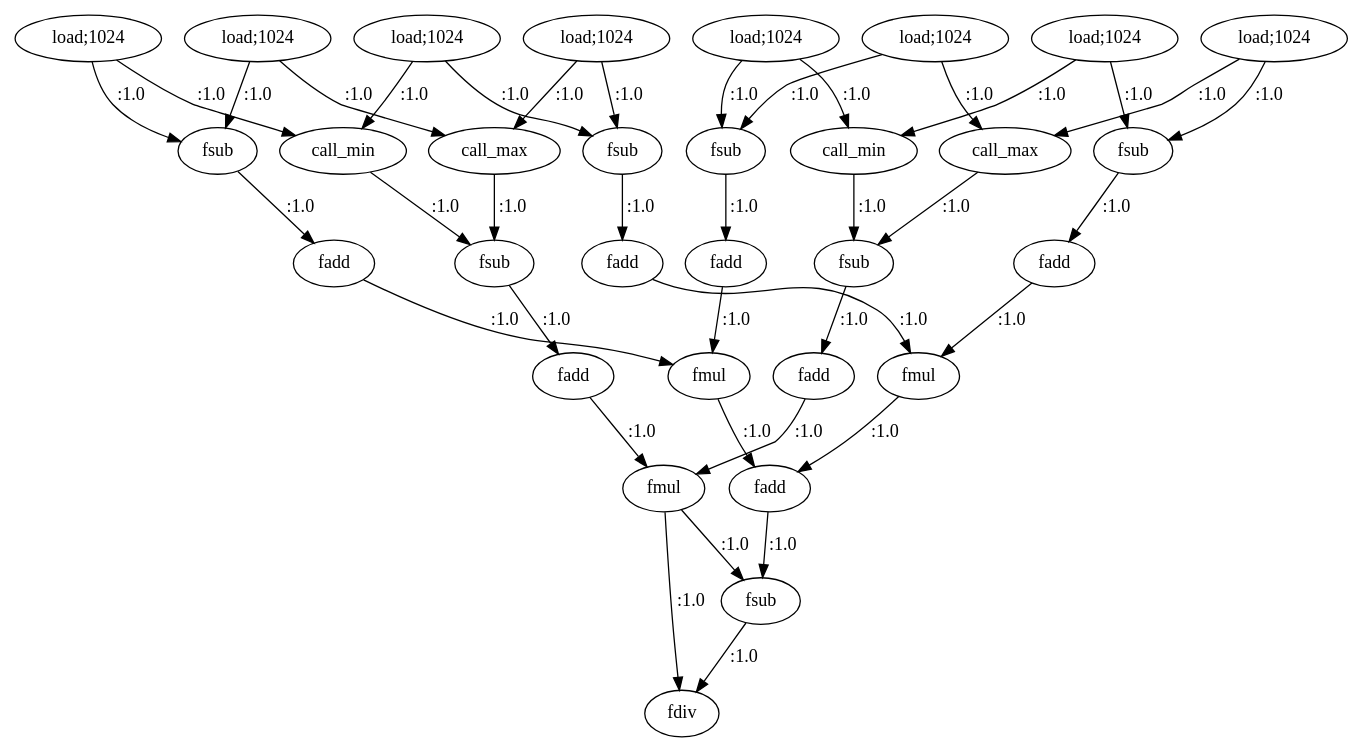
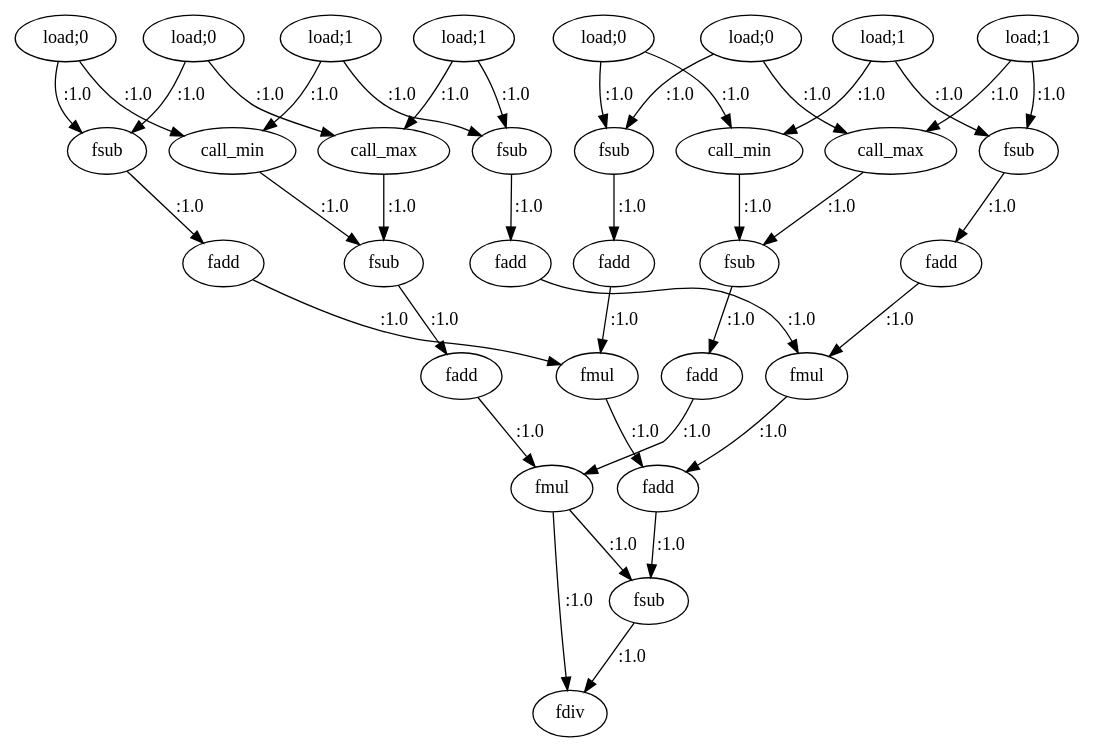
One commit to nikhilsambhus/DFGprop changed the diagram in large_dfgs/ious1.dot. Above: the diagram before and after it, drawn with Graphviz. The commit also changed 16 other files, not shown here.

```diff
--- a/large_dfgs/ious1.dot
+++ b/large_dfgs/ious1.dot
@@ -1,71 +1,71 @@
 digraph  {
-   0 [label="load;1024"];
+   0 [label="load;0"];
    1 [label="call_max"];
-   2 [label="load;1024"];
-   3 [label="load;1024"];
-   4 [label="load;1024"];
-   5 [label="load;1024"];
-   6 [label="load;1024"];
-   7 [label="load;1024"];
-   8 [label="load;1024"];
+   2 [label="load;0"];
+   3 [label="load;0"];
+   4 [label="load;0"];
+   5 [label="load;1"];
+   6 [label="load;1"];
+   7 [label="load;1"];
+   8 [label="load;1"];
    9 [label="fsub"];
    10 [label="call_max"];
    11 [label="call_min"];
    12 [label="call_min"];
    13 [label="fsub"];
    14 [label="fadd"];
    15 [label="fsub"];
    16 [label="fadd"];
    17 [label="fmul"];
    18 [label="fadd"];
    19 [label="fsub"];
    20 [label="fadd"];
    21 [label="fmul"];
    22 [label="fsub"];
    23 [label="fadd"];
    24 [label="fsub"];
    25 [label="fadd"];
    26 [label="fmul"];
    27 [label="fadd"];
    28 [label="fsub"];
    29 [label="fdiv"];
 
    0->10 [label=":1.0"]
    0->9 [label=":1.0"]
    1->15 [label=":1.0"]
    2->1 [label=":1.0"]
    2->19 [label=":1.0"]
    3->11 [label=":1.0"]
    3->9 [label=":1.0"]
    4->12 [label=":1.0"]
    4->19 [label=":1.0"]
    5->10 [label=":1.0"]
    5->22 [label=":1.0"]
    6->1 [label=":1.0"]
    6->24 [label=":1.0"]
    7->11 [label=":1.0"]
    7->22 [label=":1.0"]
    8->12 [label=":1.0"]
    8->24 [label=":1.0"]
    9->18 [label=":1.0"]
    10->13 [label=":1.0"]
    11->13 [label=":1.0"]
    12->15 [label=":1.0"]
    13->14 [label=":1.0"]
    14->17 [label=":1.0"]
    15->16 [label=":1.0"]
    16->17 [label=":1.0"]
    17->29 [label=":1.0"]
    17->28 [label=":1.0"]
    18->21 [label=":1.0"]
    19->20 [label=":1.0"]
    20->21 [label=":1.0"]
    21->27 [label=":1.0"]
    22->23 [label=":1.0"]
    23->26 [label=":1.0"]
    24->25 [label=":1.0"]
    25->26 [label=":1.0"]
    26->27 [label=":1.0"]
    27->28 [label=":1.0"]
    28->29 [label=":1.0"]
 }
```
